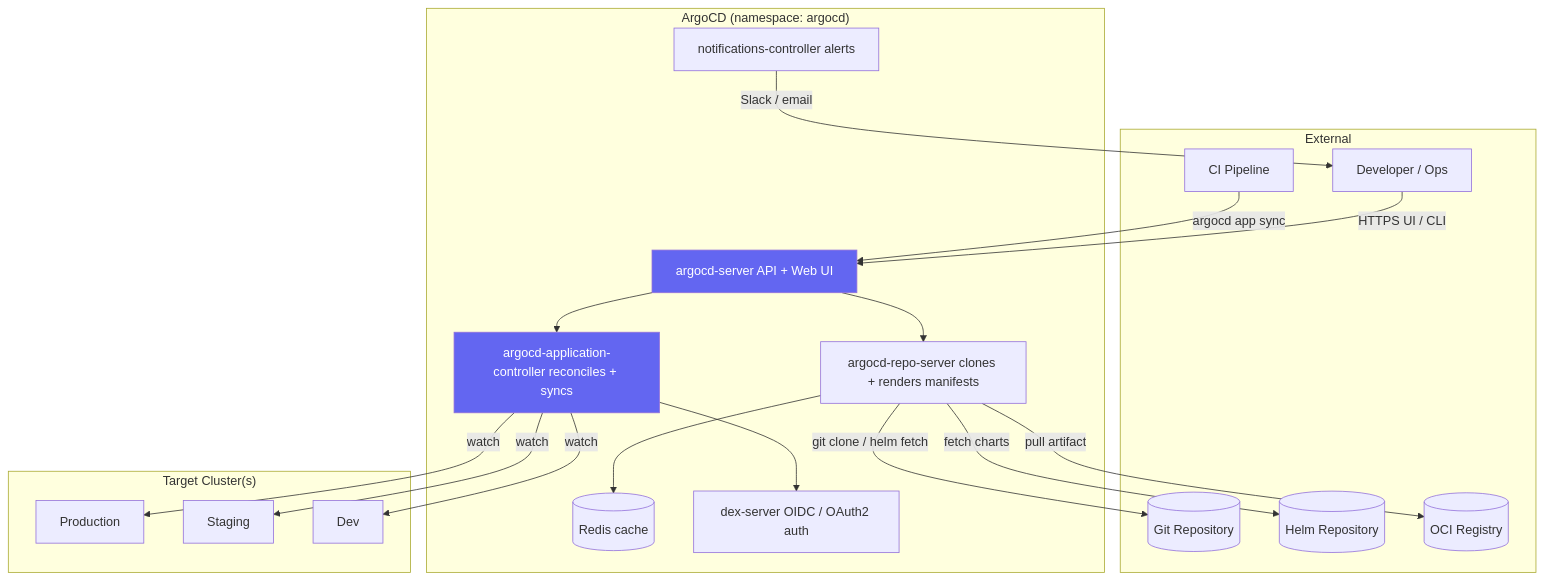
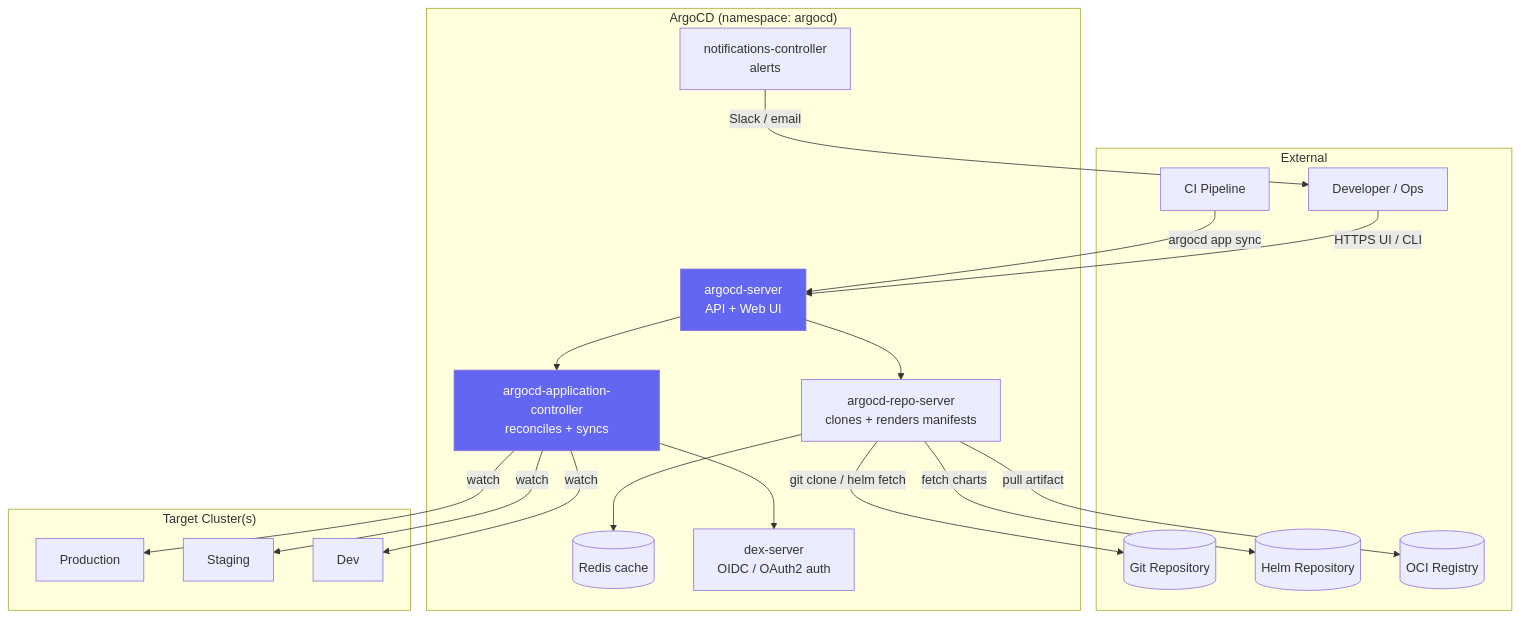
One commit to UncleJS/course_k3s changed the first of 4 diagrams in 11_gitops/03_argocd_install_and_setup.md. Above: the diagram before and after it, drawn with Mermaid. The commit also changed other lines of this file and 45 other files, not shown here.

First line of the commit message:
Expand all course lessons: Mermaid diagrams + rich prose across 43 files

````diff
--- a/11_gitops/03_argocd_install_and_setup.md
+++ b/11_gitops/03_argocd_install_and_setup.md
@@ -33,42 +36,42 @@
 ```mermaid
 graph TD
     subgraph External
-        GIT[(Git Repository)]
-        HELM_REPO[(Helm Repository)]
-        OCI[(OCI Registry)]
-        USER[Developer / Ops]
-        CI[CI Pipeline]
+        GIT[("Git Repository")]
+        HELM_REPO[("Helm Repository")]
+        OCI[("OCI Registry")]
+        USER["Developer / Ops"]
+        CI["CI Pipeline"]
     end
 
-    subgraph ArgoCD["ArgoCD (namespace: argocd)"]
-        API[argocd-server API + Web UI]
-        REPO_SRV[argocd-repo-server clones + renders manifests]
-        APP_CTRL[argocd-application-controller reconciles + syncs]
-        REDIS[(Redis cache)]
-        DEXSERVER[dex-server OIDC / OAuth2 auth]
-        NOTIF[notifications-controller alerts]
+    subgraph "ArgoCD (namespace: argocd)"
+        API["argocd-server<br/>API + Web UI"]
+        REPO_SRV["argocd-repo-server<br/>clones + renders manifests"]
+        APP_CTRL["argocd-application-controller<br/>reconciles + syncs"]
+        REDIS[("Redis cache")]
+        DEXSERVER["dex-server<br/>OIDC / OAuth2 auth"]
+        NOTIF["notifications-controller<br/>alerts"]
     end
 
-    subgraph Target["Target Cluster(s)"]
-        K8S1[Production]
-        K8S2[Staging]
-        K8S3[Dev]
+    subgraph "Target Cluster(s)"
+        K8S1["Production"]
+        K8S2["Staging"]
+        K8S3["Dev"]
     end
 
-    USER -->|HTTPS UI / CLI| API
-    CI -->|argocd app sync| API
+    USER -->|"HTTPS UI / CLI"| API
+    CI -->|"argocd app sync"| API
     API --> REPO_SRV
-    REPO_SRV -->|git clone / helm fetch| GIT
-    REPO_SRV -->|fetch charts| HELM_REPO
-    REPO_SRV -->|pull artifact| OCI
+    REPO_SRV -->|"git clone / helm fetch"| GIT
+    REPO_SRV -->|"fetch charts"| HELM_REPO
+    REPO_SRV -->|"pull artifact"| OCI
     REPO_SRV --> REDIS
     API --> APP_CTRL
     APP_CTRL -->|watch| K8S1
     APP_CTRL -->|watch| K8S2
     APP_CTRL -->|watch| K8S3
     APP_CTRL --> DEXSERVER
-    NOTIF -->|Slack / email| USER
+    NOTIF -->|"Slack / email"| USER
 
     style API fill:#6366f1,color:#fff
     style APP_CTRL fill:#6366f1,color:#fff
 ```
````
